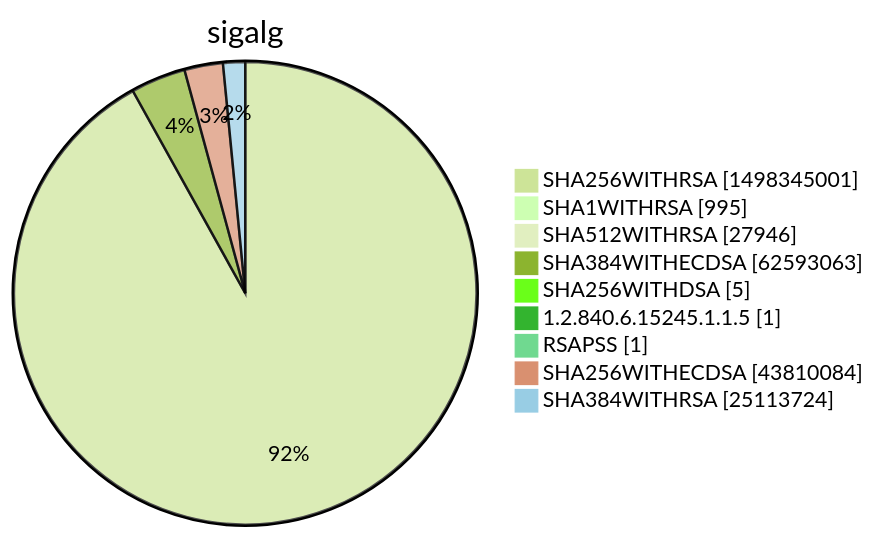
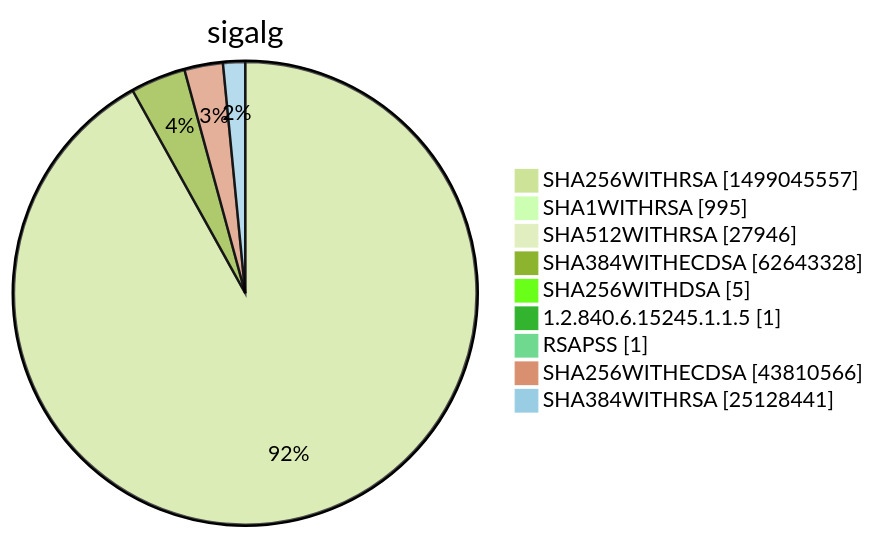
Before and after one commit to christiankrug/ctmonitor_visualization: diagram 15 of 15 in xenon2022/README.md, drawn with Mermaid (forest theme). The commit also changed other lines of this file, not shown here.

````diff
--- a/xenon2022/README.md
+++ b/xenon2022/README.md
@@ -5864,13 +5864,13 @@
 ```mermaid
 pie showData
 title sigalg
-"SHA256WITHRSA" :1498345001
+"SHA256WITHRSA" :1499045557
 "SHA1WITHRSA" :995
 "SHA512WITHRSA" :27946
-"SHA384WITHECDSA" :62593063
+"SHA384WITHECDSA" :62643328
 "SHA256WITHDSA" :5
 "1.2.840.6.15245.1.1.5" :1
 "RSAPSS" :1
-"SHA256WITHECDSA" :43810084
-"SHA384WITHRSA" :25113724
+"SHA256WITHECDSA" :43810566
+"SHA384WITHRSA" :25128441
 ```
````
